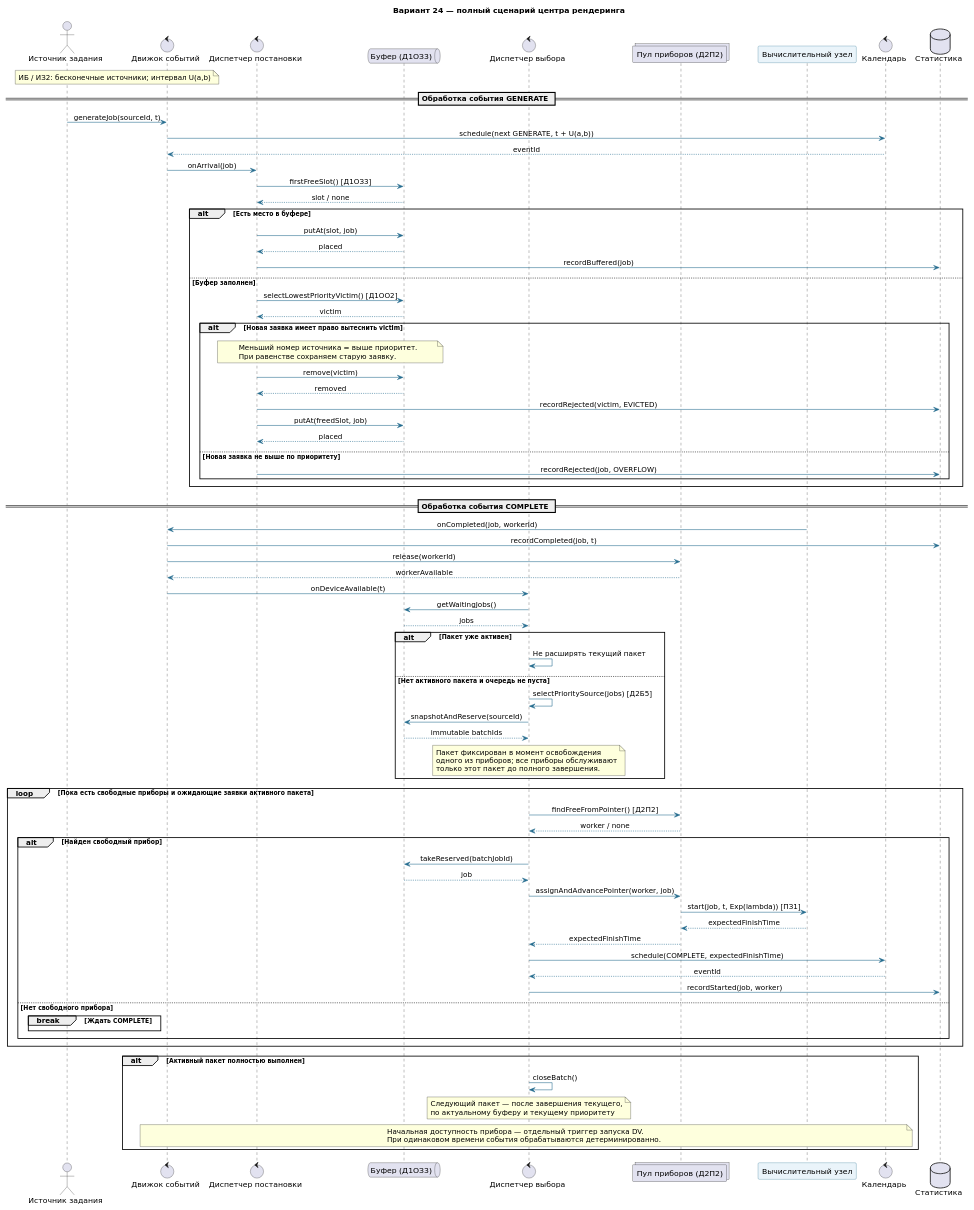
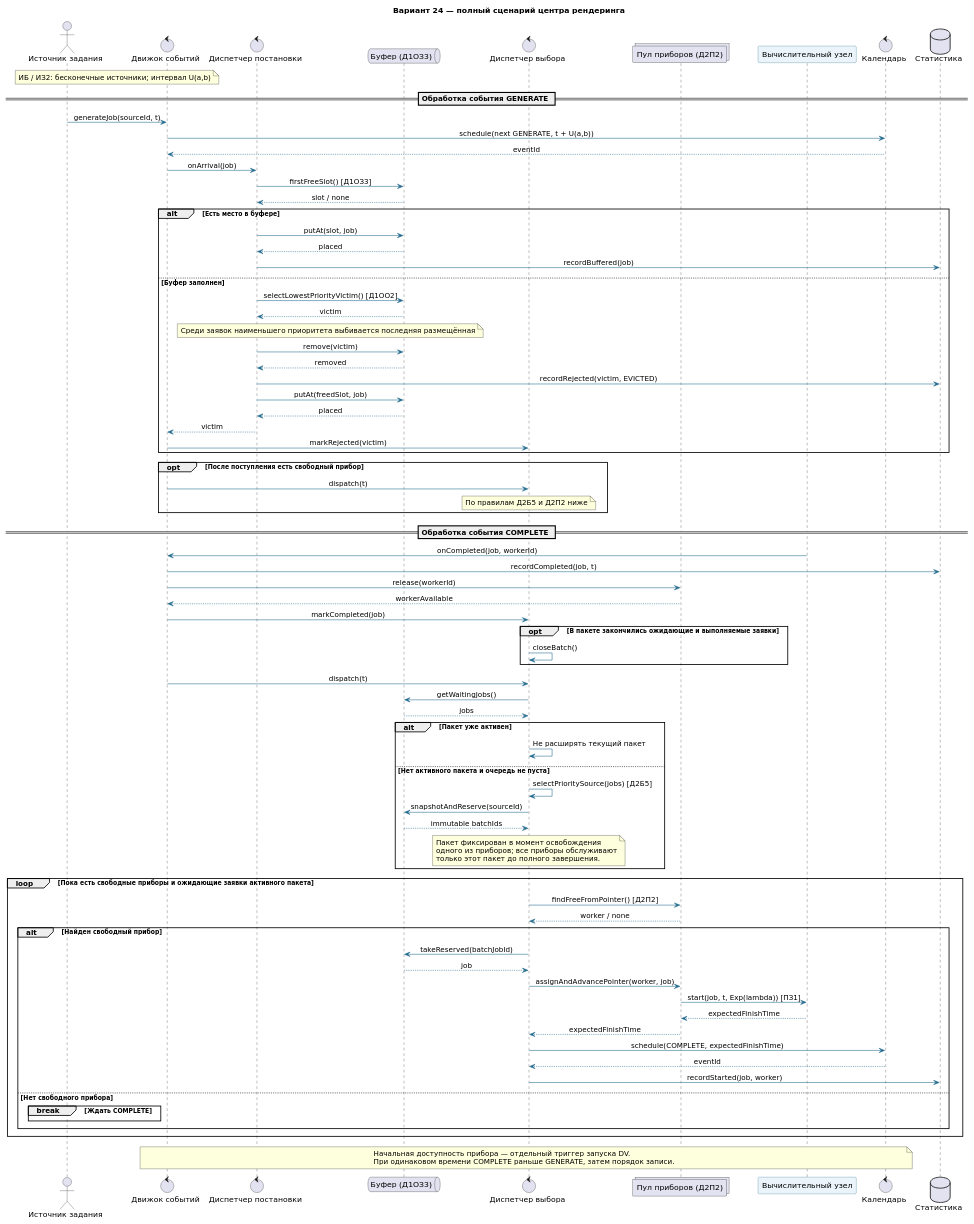
The diagram in diagrams/sequence/main-flow.puml (Expeline/APS_Lab), drawn with PlantUML before and after one commit. The commit also changed 42 other files, not shown here.

```diff
--- a/diagrams/sequence/main-flow.puml
+++ b/diagrams/sequence/main-flow.puml
@@ -1,98 +1,95 @@
 @startuml
 !pragma teoz true
 skinparam backgroundColor white
 skinparam shadowing false
 skinparam defaultFontName DejaVu Sans
 skinparam sequenceMessageAlign center
 skinparam ArrowColor #236B8E
 skinparam ParticipantBorderColor #236B8E
 skinparam ParticipantBackgroundColor #EAF4FA
 
 title Вариант 24 — полный сценарий центра рендеринга
 actor "Источник задания" as Source
 control "Движок событий" as Engine
 control "Диспетчер постановки" as DP
 queue "Буфер (Д1ОЗ3)" as Buf
 control "Диспетчер выбора" as DV
 collections "Пул приборов (Д2П2)" as Pool
 participant "Вычислительный узел" as Worker
 control "Календарь" as Cal
 database "Статистика" as Stat
 note over Source,Engine: ИБ / ИЗ2: бесконечные источники; интервал U(a,b)
 == Обработка события GENERATE ==
 Source -> Engine: generateJob(sourceId, t)
 Engine -> Cal: schedule(next GENERATE, t + U(a,b))
 Cal --> Engine: eventId
 Engine -> DP: onArrival(job)
 DP -> Buf: firstFreeSlot() [Д1ОЗ3]
 Buf --> DP: slot / none
 alt Есть место в буфере
  DP -> Buf: putAt(slot, job)
  Buf --> DP: placed
  DP -> Stat: recordBuffered(job)
 else Буфер заполнен
  DP -> Buf: selectLowestPriorityVictim() [Д1ОО2]
  Buf --> DP: victim
- alt Новая заявка имеет право вытеснить victim
-  note over DP,Buf
-  Меньший номер источника = выше приоритет.
-  При равенстве сохраняем старую заявку.
-  end note
-  DP -> Buf: remove(victim)
-  Buf --> DP: removed
-  DP -> Stat: recordRejected(victim, EVICTED)
-  DP -> Buf: putAt(freedSlot, job)
-  Buf --> DP: placed
- else Новая заявка не выше по приоритету
-  DP -> Stat: recordRejected(job, OVERFLOW)
- end
+ note over DP,Buf: Среди заявок наименьшего приоритета выбивается последняя размещённая
+ DP -> Buf: remove(victim)
+ Buf --> DP: removed
+ DP -> Stat: recordRejected(victim, EVICTED)
+ DP -> Buf: putAt(freedSlot, job)
+ Buf --> DP: placed
+ DP --> Engine: victim
+ Engine -> DV: markRejected(victim)
+end
+opt После поступления есть свободный прибор
+ Engine -> DV: dispatch(t)
+ note over DV: По правилам Д2Б5 и Д2П2 ниже
 end
 == Обработка события COMPLETE ==
 Worker -> Engine: onCompleted(job, workerId)
 Engine -> Stat: recordCompleted(job, t)
 Engine -> Pool: release(workerId)
 Pool --> Engine: workerAvailable
-Engine -> DV: onDeviceAvailable(t)
+Engine -> DV: markCompleted(job)
+opt В пакете закончились ожидающие и выполняемые заявки
+ DV -> DV: closeBatch()
+end
+Engine -> DV: dispatch(t)
 DV -> Buf: getWaitingJobs()
 Buf --> DV: jobs
 alt Пакет уже активен
  DV -> DV: Не расширять текущий пакет
 else Нет активного пакета и очередь не пуста
  DV -> DV: selectPrioritySource(jobs) [Д2Б5]
  DV -> Buf: snapshotAndReserve(sourceId)
  Buf --> DV: immutable batchIds
  note over DV
  Пакет фиксирован в момент освобождения
  одного из приборов; все приборы обслуживают
  только этот пакет до полного завершения.
  end note
 end
 loop Пока есть свободные приборы и ожидающие заявки активного пакета
  DV -> Pool: findFreeFromPointer() [Д2П2]
  Pool --> DV: worker / none
  alt Найден свободный прибор
   DV -> Buf: takeReserved(batchJobId)
   Buf --> DV: job
   DV -> Pool: assignAndAdvancePointer(worker, job)
   Pool -> Worker: start(job, t, Exp(lambda)) [ПЗ1]
   Worker --> Pool: expectedFinishTime
   Pool --> DV: expectedFinishTime
   DV -> Cal: schedule(COMPLETE, expectedFinishTime)
   Cal --> DV: eventId
   DV -> Stat: recordStarted(job, worker)
  else Нет свободного прибора
   break Ждать COMPLETE
   end
  end
 end
-alt Активный пакет полностью выполнен
- DV -> DV: closeBatch()
- note over DV
- Следующий пакет — после завершения текущего,
- по актуальному буферу и текущему приоритету
- end note
 note over Engine,Cal
 Начальная доступность прибора — отдельный триггер запуска DV.
-При одинаковом времени события обрабатываются детерминированно.
+При одинаковом времени COMPLETE раньше GENERATE, затем порядок записи.
 end note
 @enduml
```
